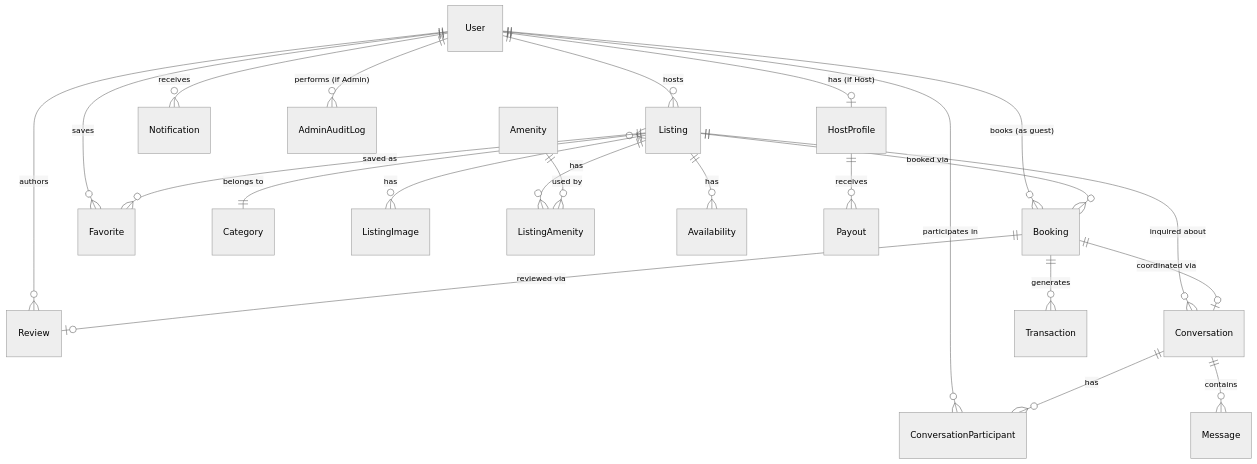
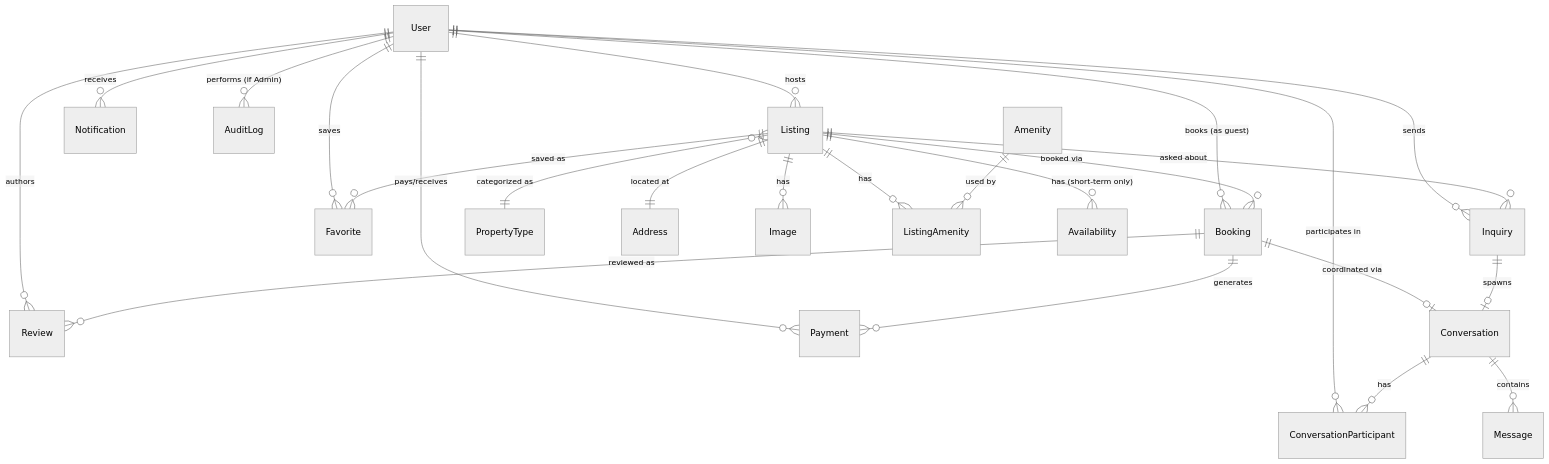
The second of 2 diagrams in docs/architecture/platform-architecture-blueprint.md (Paulkelvin/Airbnb), drawn with Mermaid (neutral theme) before and after one commit. The commit also changed other lines of this file and 1 other file, not shown here.

````diff
--- a/docs/architecture/platform-architecture-blueprint.md
+++ b/docs/architecture/platform-architecture-blueprint.md
@@ -211,29 +201,30 @@
 ```mermaid
 erDiagram
-    User ||--o| HostProfile : "has (if Host)"
-    User ||--o{ Listing : "hosts"
+    User ||--o{ Listing : hosts
     User ||--o{ Booking : "books (as guest)"
     User ||--o{ Favorite : saves
     User ||--o{ Review : authors
     User ||--o{ Notification : receives
     User ||--o{ ConversationParticipant : "participates in"
-    User ||--o{ AdminAuditLog : "performs (if Admin)"
+    User ||--o{ Inquiry : sends
+    User ||--o{ AuditLog : "performs (if Admin)"
+    User ||--o{ Payment : "pays/receives"
 
-    Listing }o--|| Category : "belongs to"
-    Listing ||--o{ ListingImage : has
+    Listing }o--|| PropertyType : "categorized as"
+    Listing ||--|| Address : "located at"
+    Listing ||--o{ Image : has
     Listing ||--o{ ListingAmenity : has
     Amenity ||--o{ ListingAmenity : "used by"
-    Listing ||--o{ Availability : has
+    Listing ||--o{ Availability : "has (short-term only)"
     Listing ||--o{ Booking : "booked via"
     Listing ||--o{ Favorite : "saved as"
-    Listing ||--o{ Conversation : "inquired about"
+    Listing ||--o{ Inquiry : "asked about"
 
-    Booking ||--o{ Transaction : generates
-    Booking ||--o| Review : "reviewed via"
+    Booking ||--o{ Payment : generates
+    Booking ||--o{ Review : "reviewed as"
     Booking ||--o| Conversation : "coordinated via"
 
-    HostProfile ||--o{ Payout : receives
-
+    Inquiry ||--o| Conversation : spawns
     Conversation ||--o{ ConversationParticipant : has
     Conversation ||--o{ Message : contains
 ```
````
